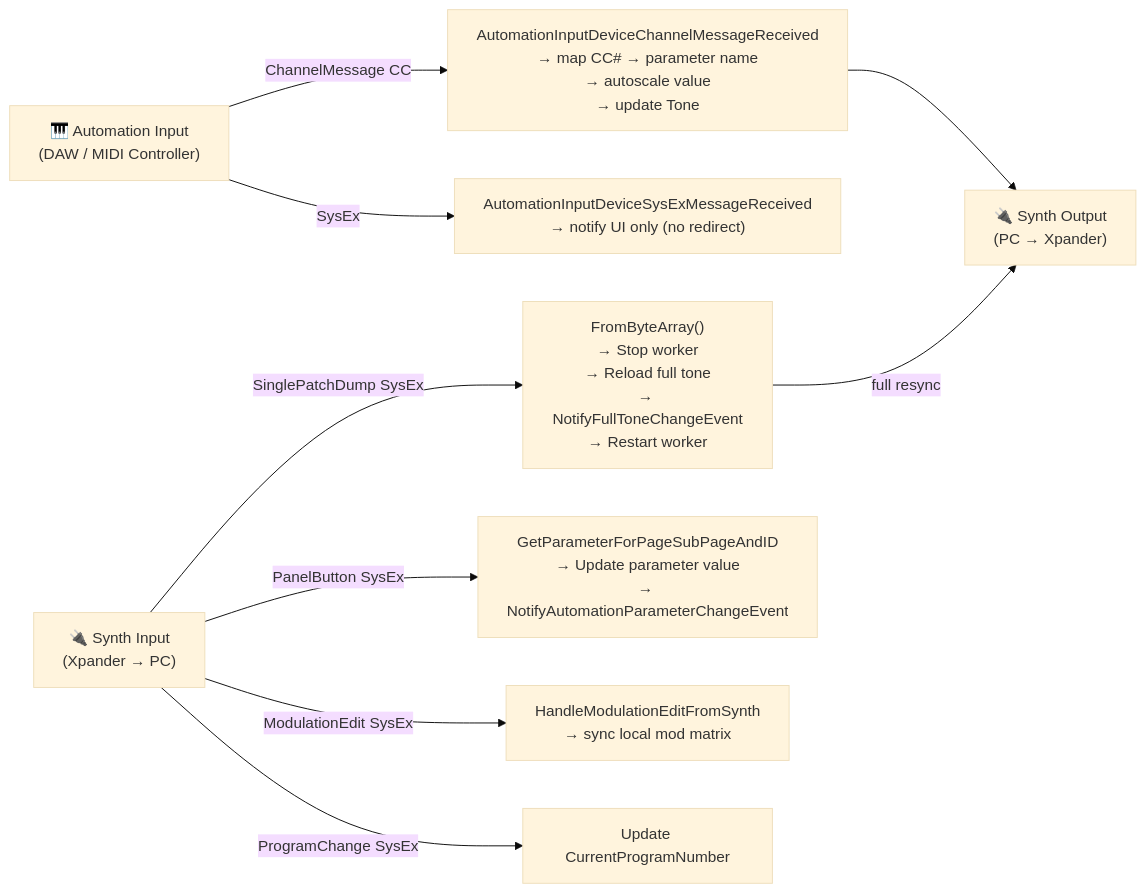
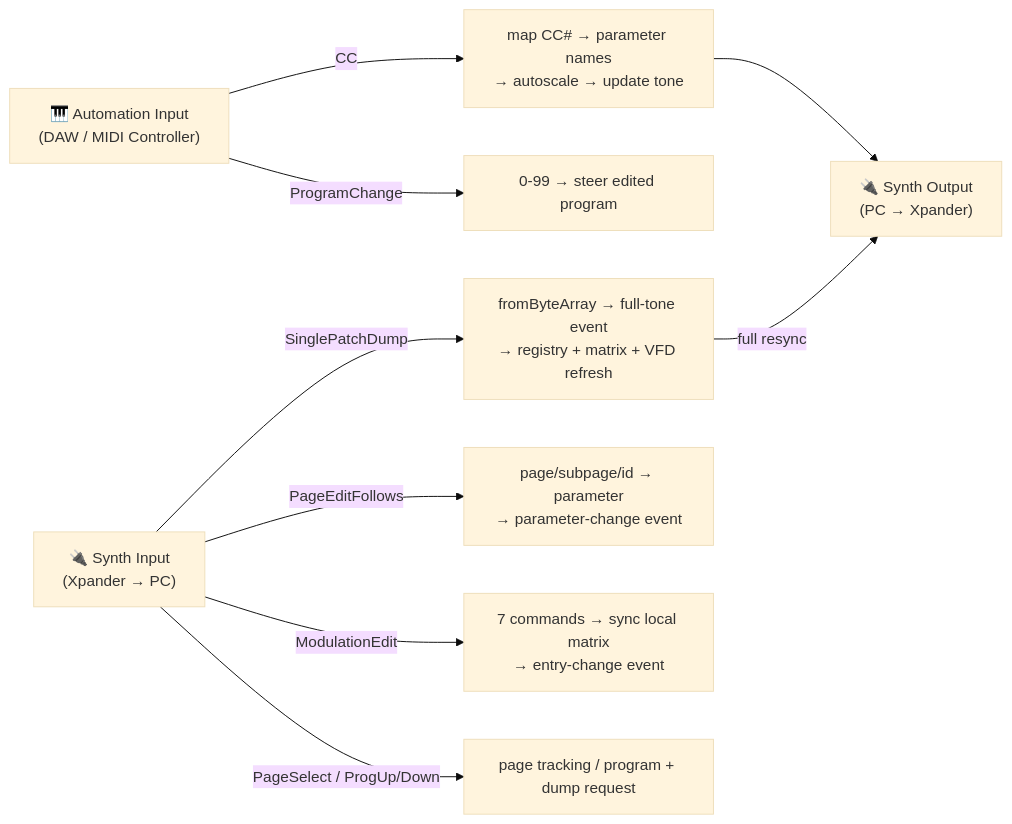
The tenth of 12 diagrams in docs/architecture-analysis.md (xplorer2716/XplorerEditor), drawn with Mermaid (base theme) before and after one commit. The commit also changed other lines of this file and 203 other files, not shown here.

````diff
--- a/docs/architecture-analysis.md
+++ b/docs/architecture-analysis.md
@@ -133,17 +428,15 @@
 ```mermaid
 flowchart LR
     AutoIn["🎹 Automation Input\n(DAW / MIDI Controller)"]
     SynthIn["🔌 Synth Input\n(Xpander → PC)"]
     SynthOut["🔌 Synth Output\n(PC → Xpander)"]
 
-    AutoIn -->|ChannelMessage CC| AutoHandler["AutomationInputDeviceChannelMessageReceived\n→ map CC# → parameter name\n→ autoscale value\n→ update Tone"]
-    AutoIn -->|SysEx| AutoSysEx["AutomationInputDeviceSysExMessageReceived\n→ notify UI only (no redirect)"]
-
-    SynthIn -->|SinglePatchDump SysEx| ToneUpdate["FromByteArray()\n→ Stop worker\n→ Reload full tone\n→ NotifyFullToneChangeEvent\n→ Restart worker"]
-    SynthIn -->|PanelButton SysEx| ParamUpdate["GetParameterForPageSubPageAndID\n→ Update parameter value\n→ NotifyAutomationParameterChangeEvent"]
-    SynthIn -->|ModulationEdit SysEx| ModMatrix["HandleModulationEditFromSynth\n→ sync local mod matrix"]
-    SynthIn -->|ProgramChange SysEx| ProgChange["Update CurrentProgramNumber"]
-
+    AutoIn -->|CC| AutoHandler["map CC# → parameter names\n→ autoscale → update tone"]
+    AutoIn -->|ProgramChange| AutoPC["0-99 → steer edited program"]
+    SynthIn -->|SinglePatchDump| ToneUpdate["fromByteArray → full-tone event\n→ registry + matrix + VFD refresh"]
+    SynthIn -->|PageEditFollows| ParamUpdate["page/subpage/id → parameter\n→ parameter-change event"]
+    SynthIn -->|ModulationEdit| ModMatrix["7 commands → sync local matrix\n→ entry-change event"]
+    SynthIn -->|PageSelect / ProgUp/Down| ProgChange["page tracking / program + dump request"]
     AutoHandler --> SynthOut
     ToneUpdate -->|full resync| SynthOut
 ```
````
